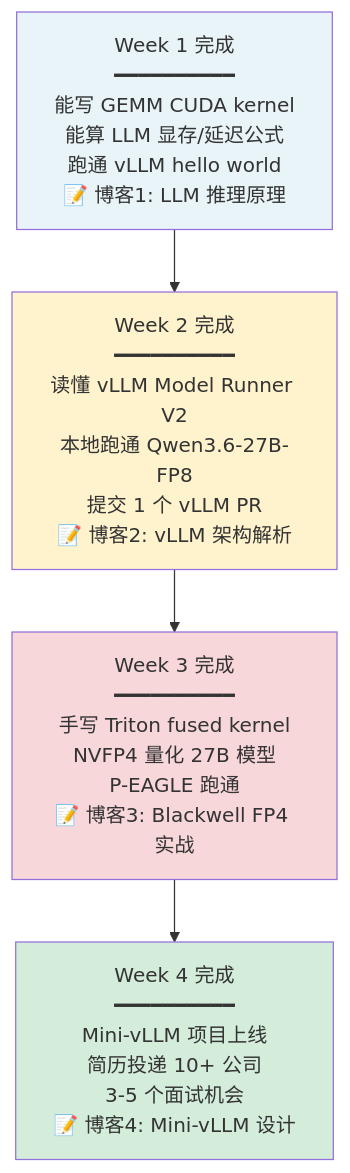
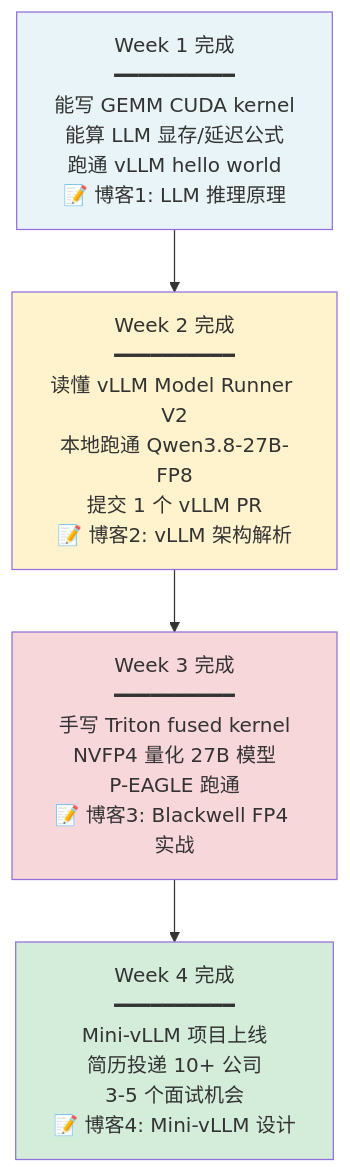
The third of 4 diagrams in README.md (Xuefei-Zhang/llm-infer-journey), drawn with Mermaid before and after one commit. The commit also changed other lines of this file and 13 other files, not shown here.

First line of the commit message:
re-baseline plan v2.2: reschedule Day1-30 to 2026-10-10~11-08, Qwen3.6→3.8-27B-FP8, vLLM 0.20.1→0.21.0, source repo ~/3rd/llm_inference/vllm, NVFP4 known-failure notes

````diff
--- a/README.md
+++ b/README.md
@@ -87,17 +87,17 @@
 ```mermaid
 graph TD
     W1["Week 1 完成<br/>━━━━━━━━━━<br/>能写 GEMM CUDA kernel<br/>能算 LLM 显存/延迟公式<br/>跑通 vLLM hello world<br/>📝 博客1: LLM 推理原理"]
 
-    W2["Week 2 完成<br/>━━━━━━━━━━<br/>读懂 vLLM Model Runner V2<br/>本地跑通 Qwen3.6-27B-FP8<br/>提交 1 个 vLLM PR<br/>📝 博客2: vLLM 架构解析"]
+    W2["Week 2 完成<br/>━━━━━━━━━━<br/>读懂 vLLM Model Runner V2<br/>本地跑通 Qwen3.8-27B-FP8<br/>提交 1 个 vLLM PR<br/>📝 博客2: vLLM 架构解析"]
 
     W3["Week 3 完成<br/>━━━━━━━━━━<br/>手写 Triton fused kernel<br/>NVFP4 量化 27B 模型<br/>P-EAGLE 跑通<br/>📝 博客3: Blackwell FP4 实战"]
 
     W4["Week 4 完成<br/>━━━━━━━━━━<br/>Mini-vLLM 项目上线<br/>简历投递 10+ 公司<br/>3-5 个面试机会<br/>📝 博客4: Mini-vLLM 设计"]
 
     W1 --> W2 --> W3 --> W4
 
     style W1 fill:#e8f4f8
     style W2 fill:#fff3cd
     style W3 fill:#f8d7da
     style W4 fill:#d4edda
 ```
````
